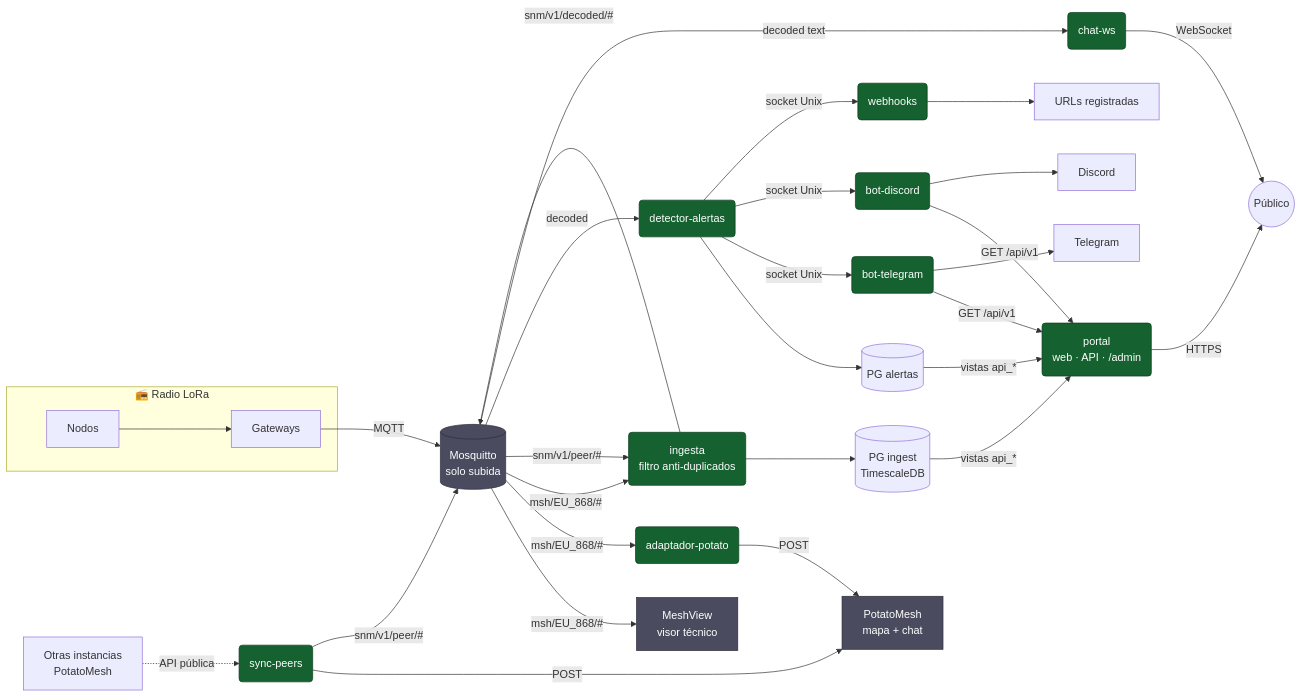
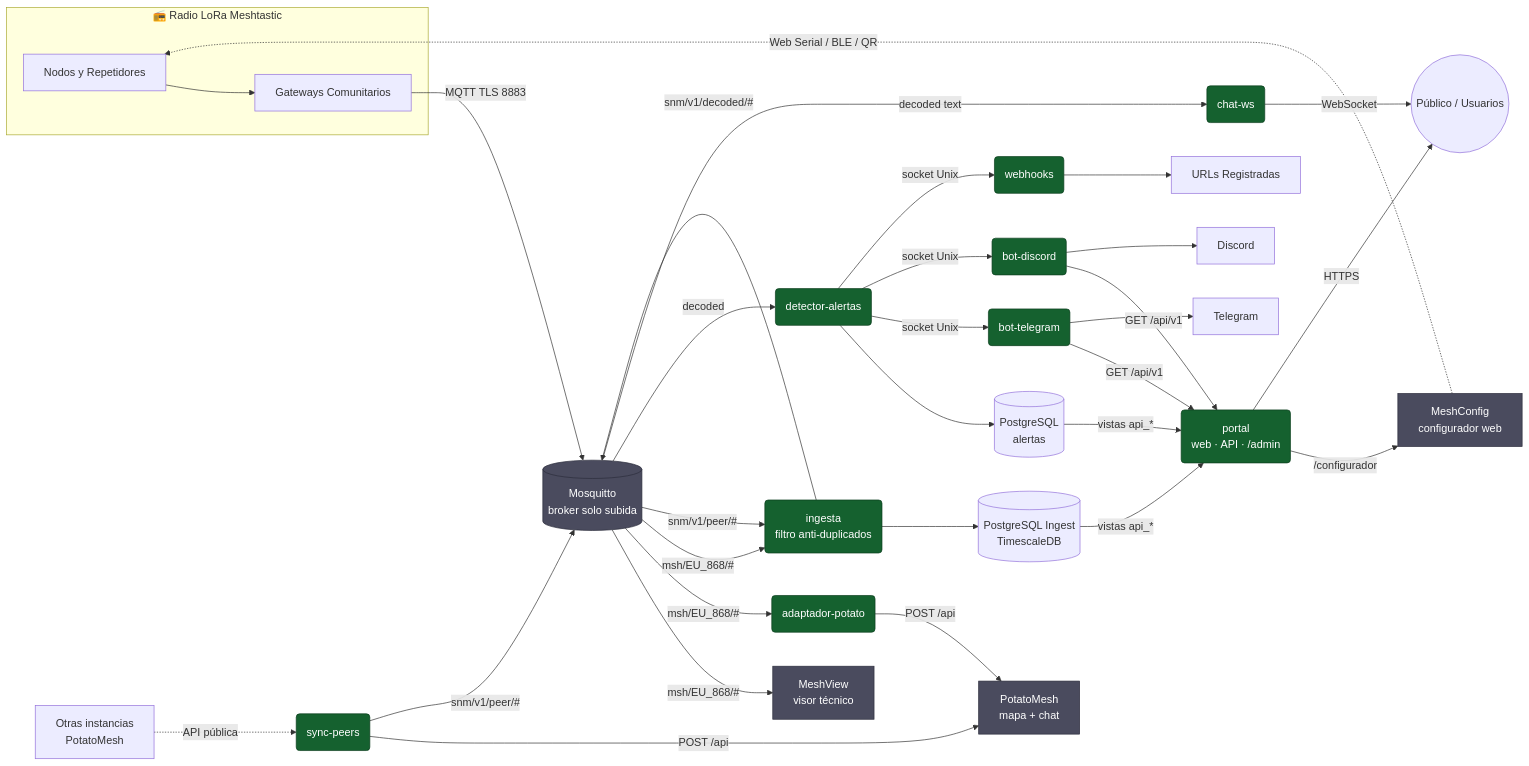
The first of 2 diagrams in README.md (raupulus/andalucia-mesh), drawn with Mermaid before and after one commit. The commit also changed other lines of this file, not shown here.

````diff
--- a/README.md
+++ b/README.md
@@ -35,42 +55,45 @@
 ```mermaid
 flowchart LR
-  subgraph RADIO["📻 Radio LoRa"]
-    N[Nodos] --> G[Gateways]
+  subgraph RADIO["📻 Radio LoRa Meshtastic"]
+    N[Nodos y Repetidores] --> G[Gateways Comunitarios]
   end
 
-  G -- "MQTT" --> MQ[("Mosquitto<br/>solo subida")]
+  G -- "MQTT TLS 8883" --> MQ[("Mosquitto<br/>broker solo subida")]
 
   MQ -- "msh/EU_868/#" --> MV["MeshView<br/>visor técnico"]
   MQ -- "msh/EU_868/#" --> AP("adaptador-potato")
   MQ -- "msh/EU_868/#" --> IN("ingesta<br/>filtro anti-duplicados")
-  AP -- "POST" --> PM["PotatoMesh<br/>mapa + chat"]
+  AP -- "POST /api" --> PM["PotatoMesh<br/>mapa + chat"]
   EXT[Otras instancias<br/>PotatoMesh] -. "API pública" .-> SP("sync-peers")
-  SP -- "POST" --> PM
+  SP -- "POST /api" --> PM
   SP -- "snm/v1/peer/#" --> MQ
   MQ -- "snm/v1/peer/#" --> IN
 
-  IN --> DBI[("PG ingest<br/>TimescaleDB")]
+  IN --> DBI[("PostgreSQL Ingest<br/>TimescaleDB")]
   IN -- "snm/v1/decoded/#" --> MQ
   MQ -- "decoded" --> DA("detector-alertas")
   MQ -- "decoded text" --> CW("chat-ws")
-  DA --> DBA[("PG alertas")]
+  DA --> DBA[("PostgreSQL<br/>alertas")]
   DA -- "socket Unix" --> BT("bot-telegram")
   DA -- "socket Unix" --> BD("bot-discord")
   DA -- "socket Unix" --> WH("webhooks")
 
   DBI -- "vistas api_*" --> PO("portal<br/>web · API · /admin")
   DBA -- "vistas api_*" --> PO
   BT -- "GET /api/v1" --> PO
   BD -- "GET /api/v1" --> PO
 
-  CW -- "WebSocket" --> U((Público))
+  MC["MeshConfig<br/>configurador web"] -. "Web Serial / BLE / QR" .-> N
+  PO -- "/configurador" --> MC
+
+  CW -- "WebSocket" --> U((Público / Usuarios))
   PO -- "HTTPS" --> U
   BT --> TG[Telegram]
   BD --> DC[Discord]
-  WH --> URL[URLs registradas]
+  WH --> URL[URLs Registradas]
 
   classDef propio fill:#15612F,color:#fff,stroke:#0b3d1d
   classDef tercero fill:#4A4B5E,color:#fff,stroke:#2C2D3C
   class AP,IN,SP,DA,CW,BT,BD,WH,PO propio
-  class MQ,MV,PM tercero
+  class MQ,MV,PM,MC tercero
 ```
````
